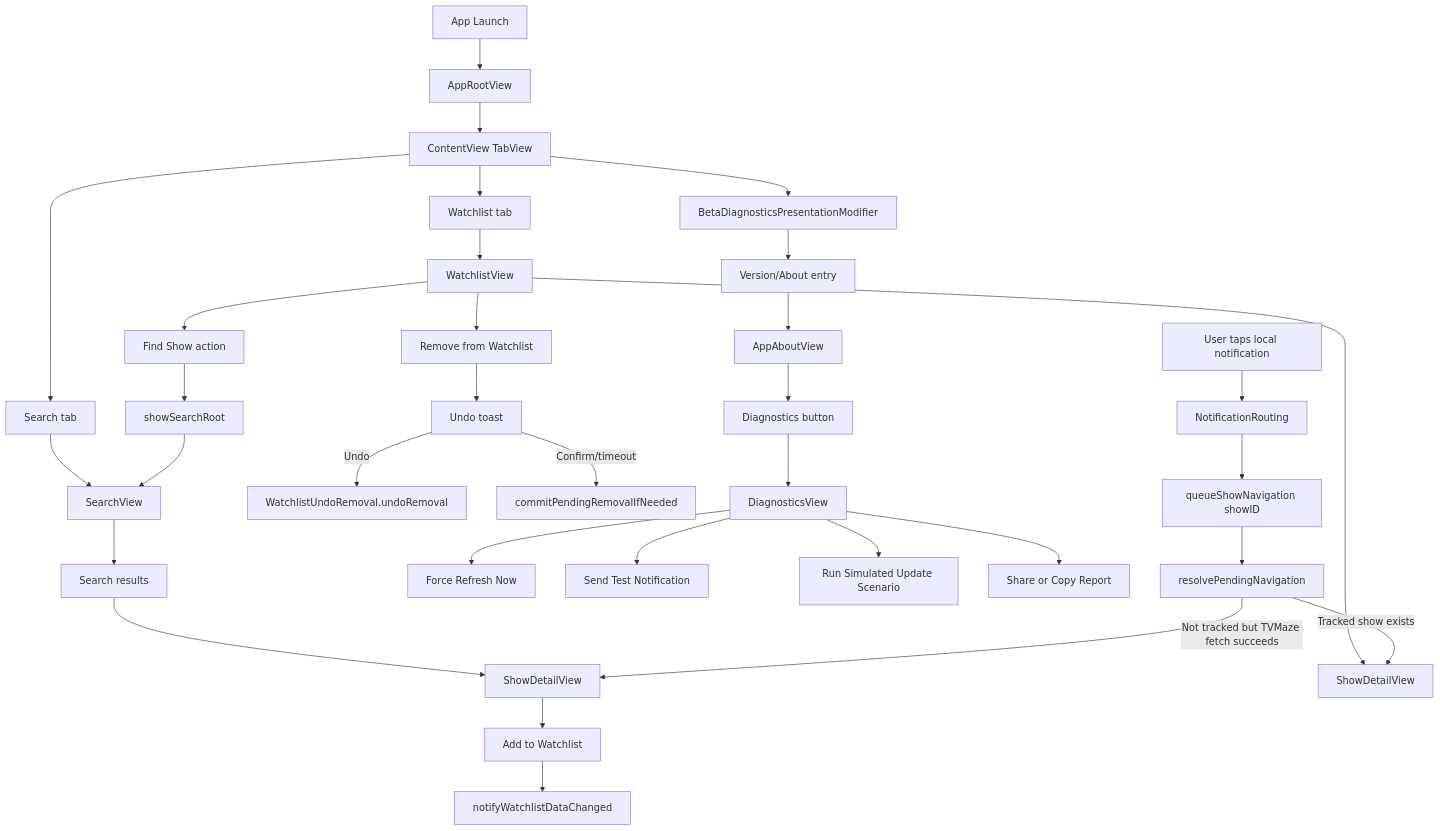
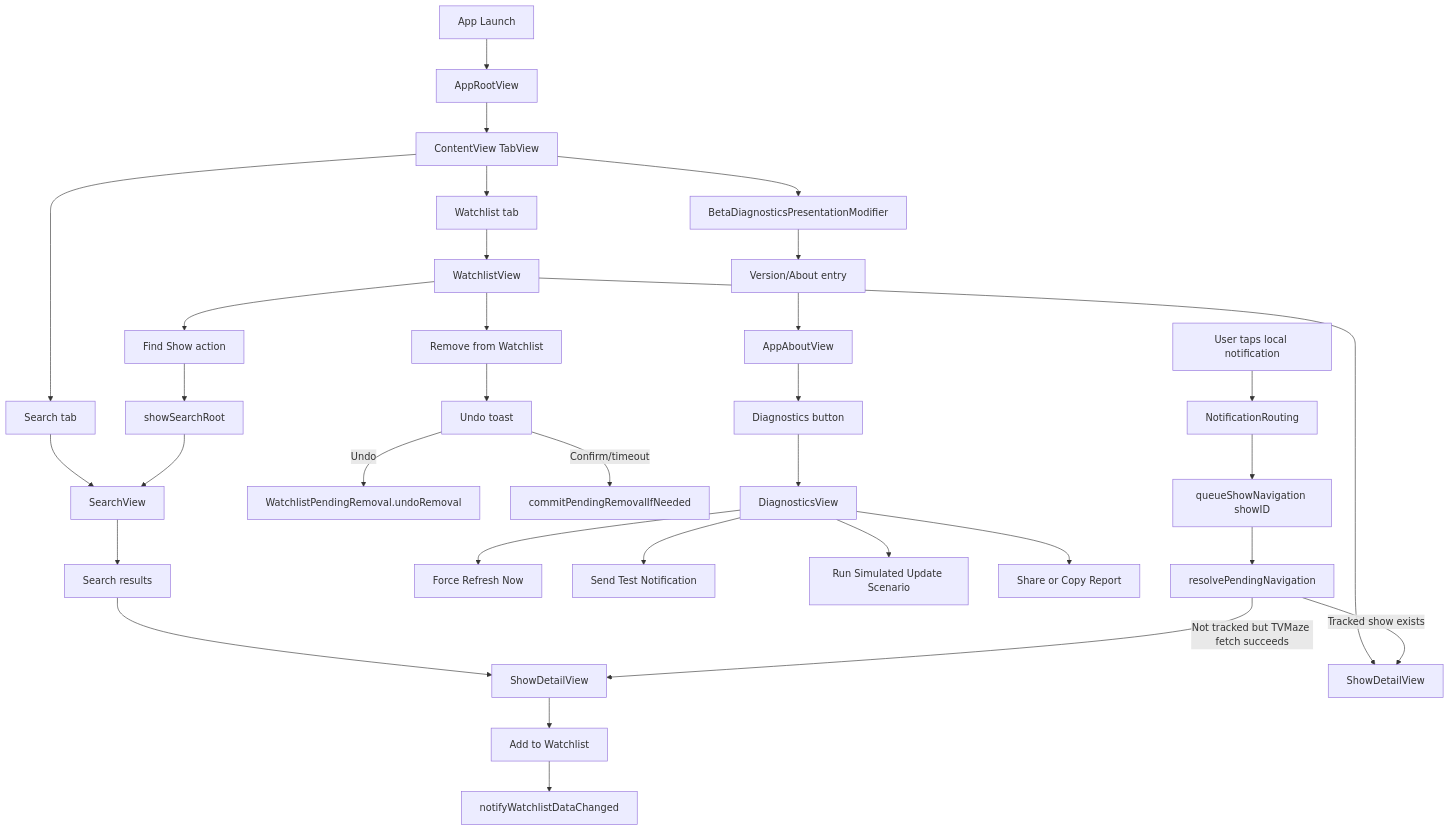
The diagram in Documentation/MVP/Diagrams/02-navigation-and-screens.md (janineanne/NextSeason), drawn with Mermaid before and after one commit. The commit also changed 79 other files, not shown here.

````diff
--- a/Documentation/MVP/Diagrams/02-navigation-and-screens.md
+++ b/Documentation/MVP/Diagrams/02-navigation-and-screens.md
@@ -3,42 +3,42 @@
 ```mermaid
 flowchart TD
     Launch[App Launch] --> Root[AppRootView]
     Root --> Tabs[ContentView TabView]
 
     Tabs --> SearchTab[Search tab]
     Tabs --> WatchlistTab[Watchlist tab]
 
     SearchTab --> SearchRoot[SearchView]
     SearchRoot --> SearchResults[Search results]
     SearchResults --> SearchDetail[ShowDetailView]
     SearchDetail --> AddWatchlist[Add to Watchlist]
     AddWatchlist --> WatchlistChanged[notifyWatchlistDataChanged]
 
     WatchlistTab --> WatchlistRoot[WatchlistView]
     WatchlistRoot --> WatchlistDetail[ShowDetailView]
     WatchlistRoot --> FindShow[Find Show action]
     FindShow --> ResetSearch[showSearchRoot]
     ResetSearch --> SearchRoot
 
     WatchlistRoot --> RemoveShow[Remove from Watchlist]
     RemoveShow --> UndoToast[Undo toast]
-    UndoToast -->|Undo| RestoreShow[WatchlistUndoRemoval.undoRemoval]
+    UndoToast -->|Undo| RestoreShow[WatchlistPendingRemoval.undoRemoval]
     UndoToast -->|Confirm/timeout| CommitRemoval[commitPendingRemovalIfNeeded]
 
     Tabs --> BetaModifier[BetaDiagnosticsPresentationModifier]
     BetaModifier --> AboutEntry[Version/About entry]
     AboutEntry --> AboutSheet[AppAboutView]
     AboutSheet --> DiagnosticsButton[Diagnostics button]
     DiagnosticsButton --> DiagnosticsSheet[DiagnosticsView]
 
     DiagnosticsSheet --> ForceRefresh[Force Refresh Now]
     DiagnosticsSheet --> TestNotification[Send Test Notification]
     DiagnosticsSheet --> SimulatedUpdate[Run Simulated Update Scenario]
     DiagnosticsSheet --> ShareReport[Share or Copy Report]
 
     NotificationTap[User taps local notification] --> NotificationRouting[NotificationRouting]
     NotificationRouting --> QueueShow[queueShowNavigation showID]
     QueueShow --> ResolvePending[resolvePendingNavigation]
     ResolvePending -->|Tracked show exists| WatchlistDetail
     ResolvePending -->|Not tracked but TVMaze fetch succeeds| SearchDetail
 ```
````
